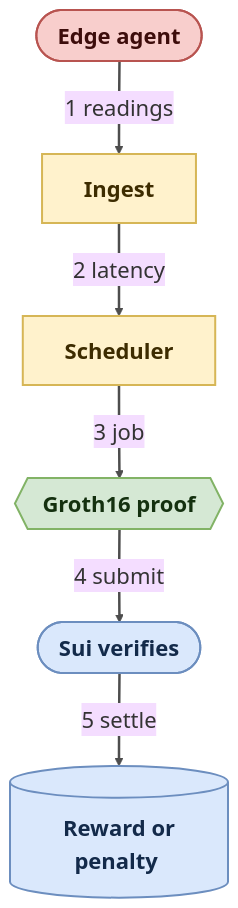
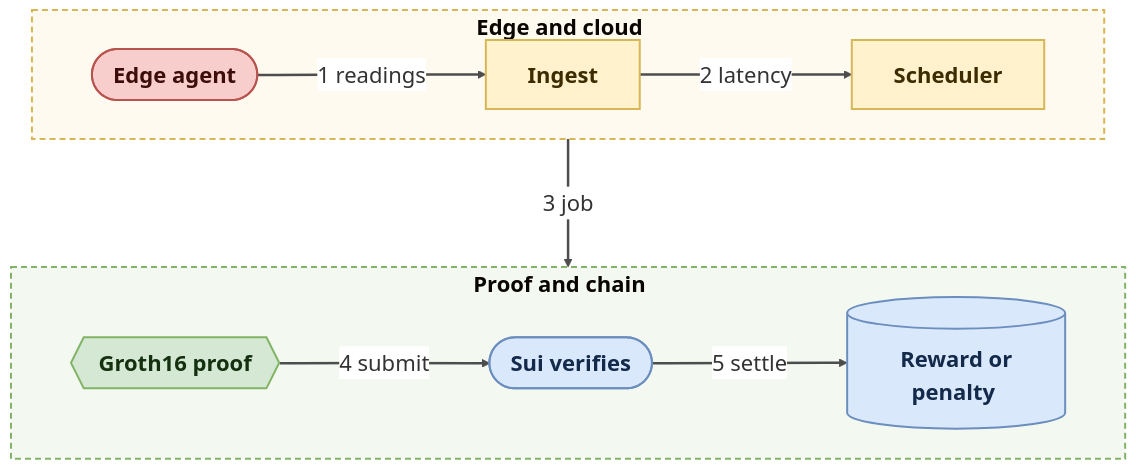
One commit to Shaker-Genopole/services changed the diagram in README.md. Above: the diagram before and after it, drawn with Mermaid.

Commit message:
update: proof pipeline flows west to east

````diff
--- a/README.md
+++ b/README.md
@@ -31,19 +31,27 @@
 ```mermaid
-%%{init: {"theme":"base","themeVariables":{"fontFamily":"Arial, Helvetica, sans-serif","fontSize":"22px","lineColor":"#4d4d4d"},"flowchart":{"padding":18,"nodeSpacing":50,"rankSpacing":60,"curve":"basis","htmlLabels":true}}}%%
+%%{init: {"theme":"base","themeVariables":{"fontFamily":"Arial, Helvetica, sans-serif","fontSize":"22px","lineColor":"#4d4d4d","edgeLabelBackground":"#ffffff"},"flowchart":{"padding":18,"nodeSpacing":40,"rankSpacing":95,"curve":"basis","htmlLabels":true}}}%%
 flowchart TB
-  e(["&nbsp;<b>Edge agent</b>&nbsp;"]) -->|"1 readings"| i["&nbsp;<b>Ingest</b>&nbsp;"]
-  i -->|"2 latency"| s["&nbsp;<b>Scheduler</b>&nbsp;"]
-  s -->|"3 job"| w{{"&nbsp;<b>Groth16 proof</b>&nbsp;"}}
-  w -->|"4 submit"| x(["&nbsp;<b>Sui verifies</b>&nbsp;"])
-  x -->|"5 settle"| r[("&nbsp;<b>Reward or penalty</b>&nbsp;")]
+  subgraph A["<b>Edge and cloud</b>&nbsp;&nbsp;&nbsp;"]
+    direction LR
+    e(["&nbsp;<b>Edge agent</b>&nbsp;"]) -->|"1 readings"| i["&nbsp;<b>Ingest</b>&nbsp;"]
+    i -->|"2 latency"| s["&nbsp;<b>Scheduler</b>&nbsp;"]
+  end
+  subgraph B["<b>Proof and chain</b>&nbsp;&nbsp;&nbsp;"]
+    direction LR
+    w{{"&nbsp;<b>Groth16 proof</b>&nbsp;"}} -->|"4 submit"| x(["&nbsp;<b>Sui verifies</b>&nbsp;"])
+    x -->|"5 settle"| r[("&nbsp;<b>Reward or penalty</b>&nbsp;")]
+  end
+  A -->|"3 job"| B
 
   classDef edge fill:#f8cecc,stroke:#b85450,color:#3d0d0b,stroke-width:2px
   classDef cloud fill:#fff2cc,stroke:#d6b656,color:#3d2c00,stroke-width:2px
   classDef proof fill:#d5e8d4,stroke:#82b366,color:#14300f,stroke-width:2px
   classDef chain fill:#dae8fc,stroke:#6c8ebf,color:#132a4a,stroke-width:2px
   class e edge
   class i,s cloud
   class w proof
   class x,r chain
+  style A fill:#fffaf0,stroke:#d6b656,stroke-width:2px,stroke-dasharray:6 4
+  style B fill:#f3f9f1,stroke:#82b366,stroke-width:2px,stroke-dasharray:6 4
   linkStyle 0,1,2,3,4 stroke:#4d4d4d,stroke-width:2.5px
 ```
````
